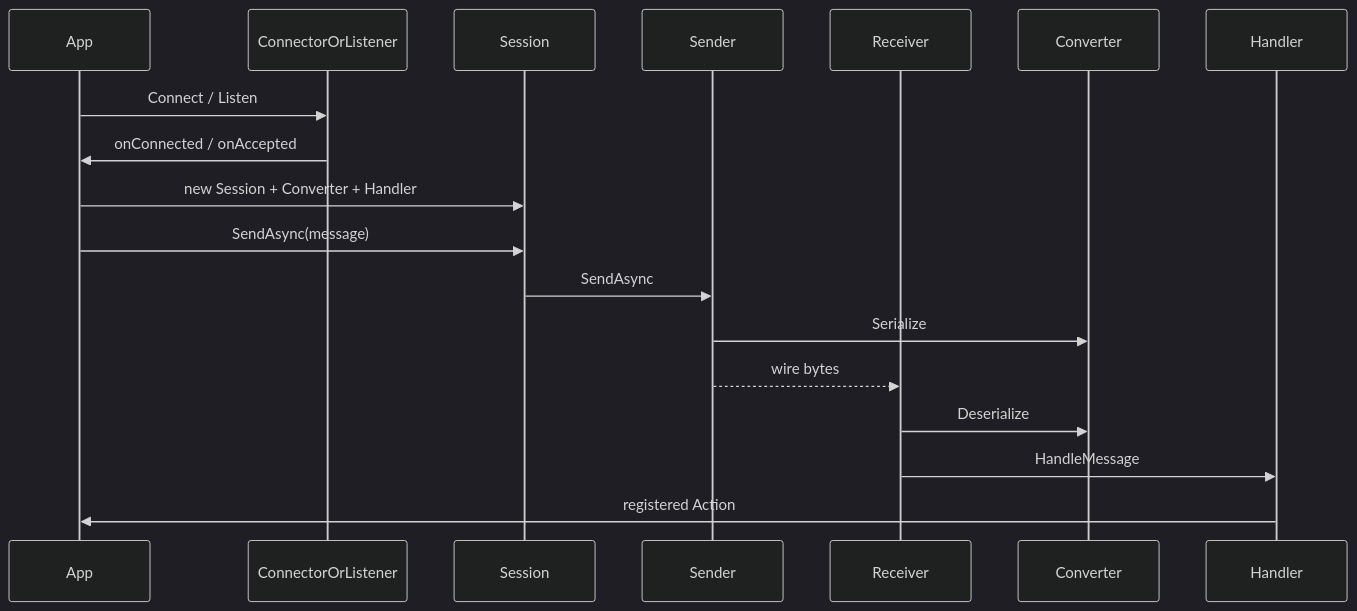
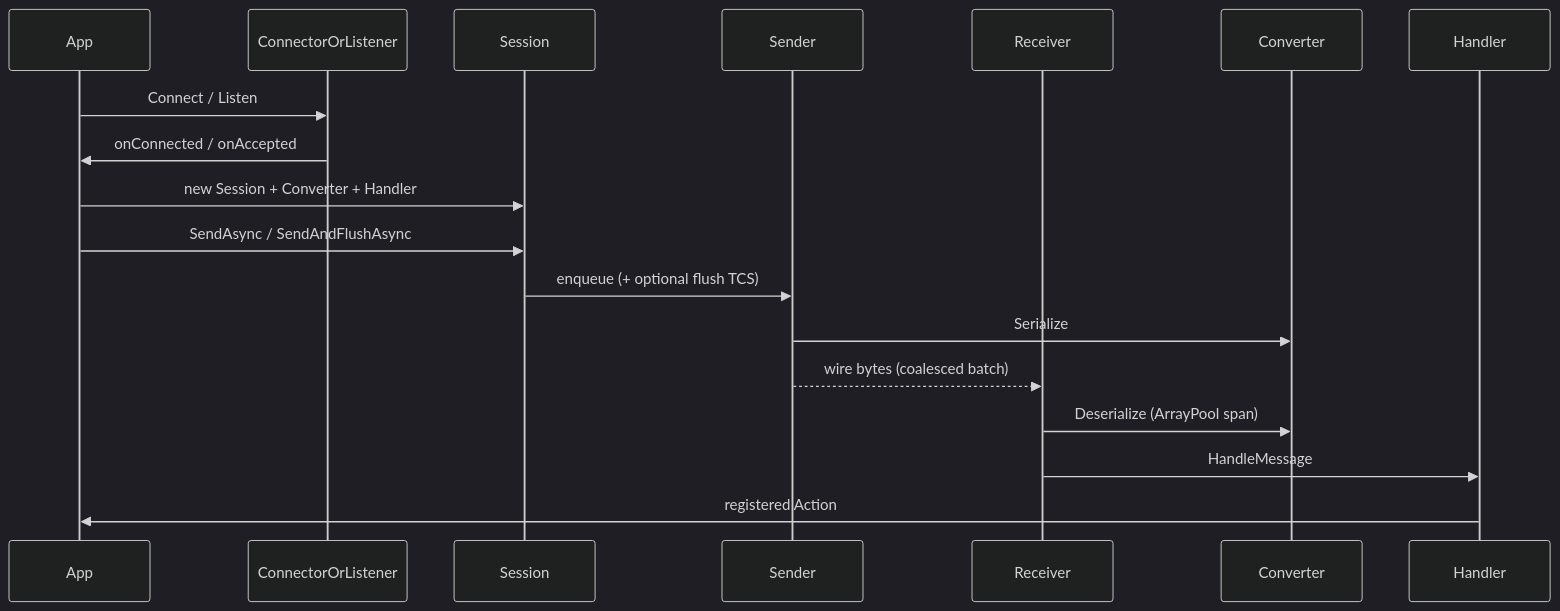
One commit to BIGSUNGG/DS_Communication changed the diagram in Document/02-Architecture/Data-Flow.md. Above: the diagram before and after it, drawn with Mermaid (dark theme). The commit also changed other lines of this file and 42 other files, not shown here.

First line of the commit message:
fix: Known-Issues 성능·구조 Open 항목 — SignalGate, coalesce, 백프레셔, SendAndFlush

````diff
--- a/Document/02-Architecture/Data-Flow.md
+++ b/Document/02-Architecture/Data-Flow.md
@@ -15,20 +15,20 @@
 ```mermaid
 sequenceDiagram
   participant App
   participant ConnectorOrListener
   participant Session
   participant Sender
   participant Receiver
   participant Converter
   participant Handler
   App->>ConnectorOrListener: Connect / Listen
   ConnectorOrListener->>App: onConnected / onAccepted
   App->>Session: new Session + Converter + Handler
-  App->>Session: SendAsync(message)
-  Session->>Sender: SendAsync
+  App->>Session: SendAsync / SendAndFlushAsync
+  Session->>Sender: enqueue (+ optional flush TCS)
   Sender->>Converter: Serialize
-  Sender-->>Receiver: wire bytes
-  Receiver->>Converter: Deserialize
+  Sender-->>Receiver: wire bytes (coalesced batch)
+  Receiver->>Converter: Deserialize (ArrayPool span)
   Receiver->>Handler: HandleMessage
   Handler->>App: registered Action
 ```
````
